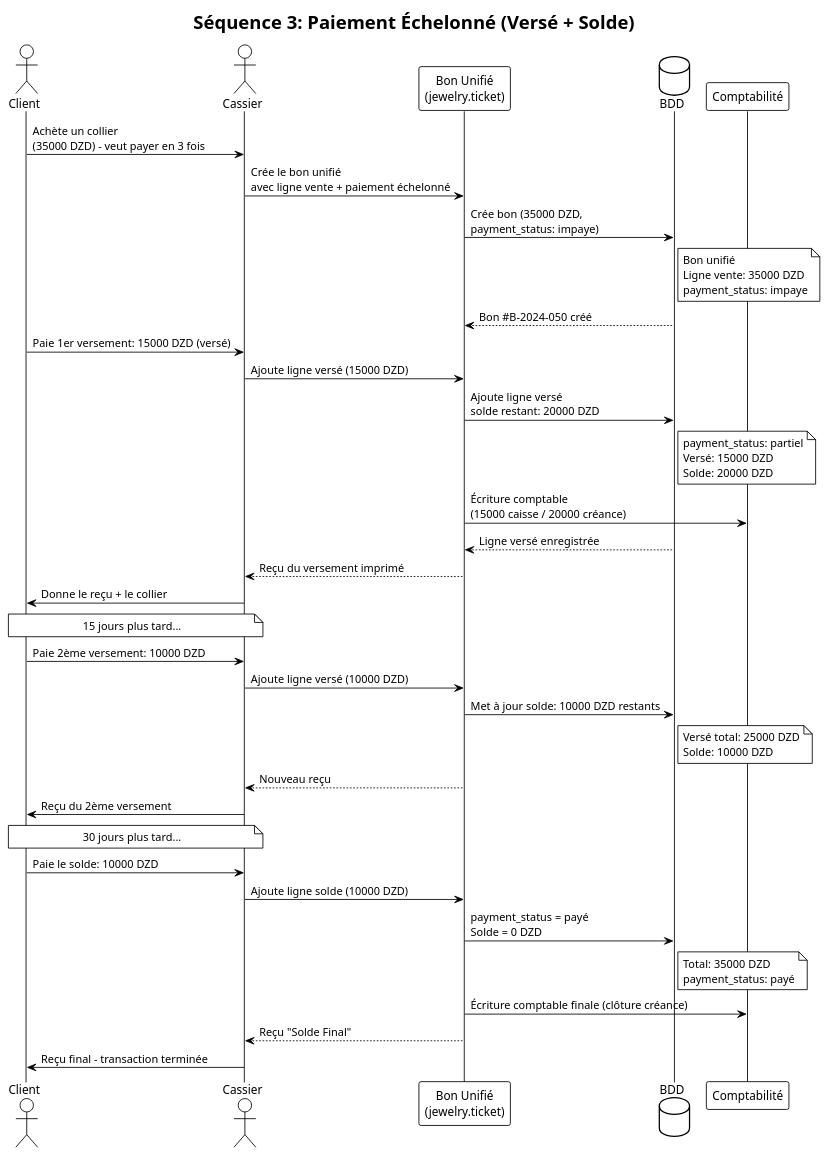
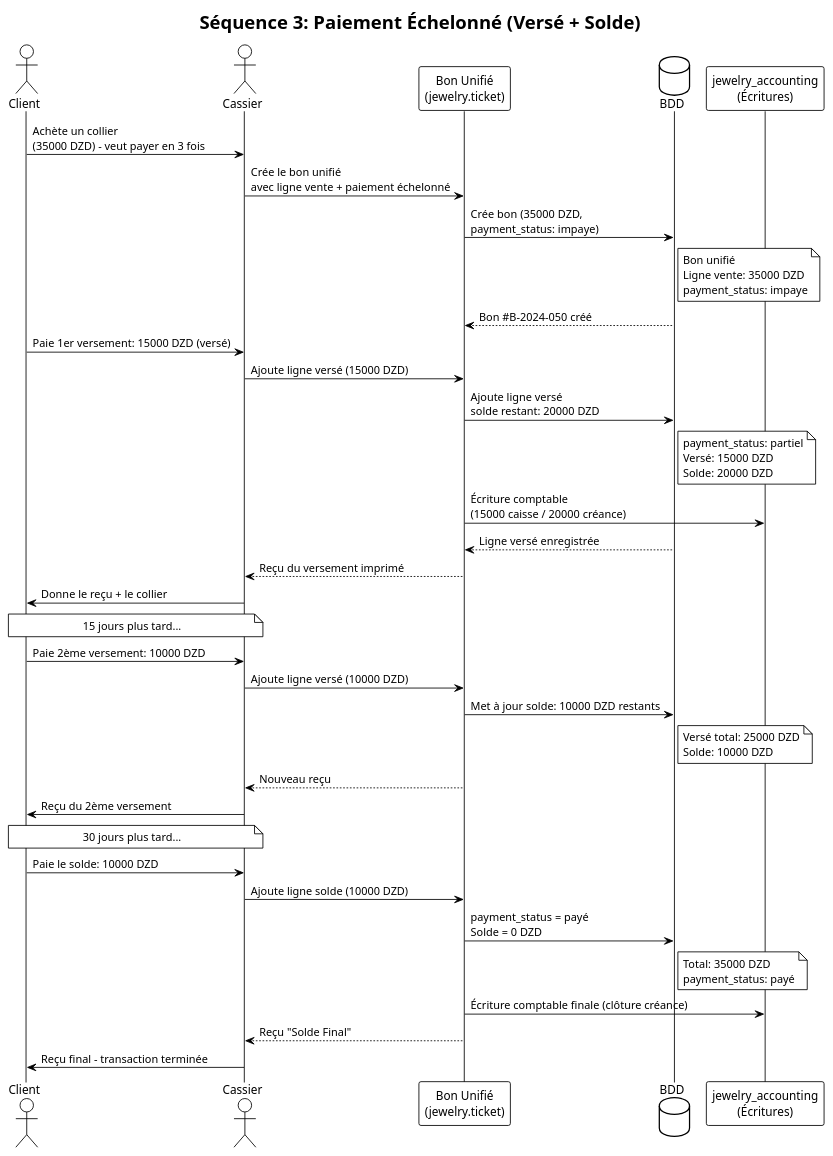
Before and after one commit to DawdBe/odoo-jawlery: the diagram in docs/diagrams/seq_paiement_partiel.puml, drawn with PlantUML. The commit also changed 19 other files, not shown here.

```diff
--- a/docs/diagrams/seq_paiement_partiel.puml
+++ b/docs/diagrams/seq_paiement_partiel.puml
@@ -1,44 +1,44 @@
 @startuml
 !theme plain
 title "Séquence 3: Paiement Échelonné (Versé + Solde)"
 
 actor "Client" as C3
 actor "Cassier" as CA
 participant "Bon Unifié\n(jewelry.ticket)" as TICKET
 database "BDD" as DB3
-participant "Comptabilité" as ACC3
+participant "jewelry_accounting\n(Écritures)" as ACC3
 
 C3 -> CA: Achète un collier\n(35000 DZD) - veut payer en 3 fois
 CA -> TICKET: Crée le bon unifié\navec ligne vente + paiement échelonné
 TICKET -> DB3: Crée bon (35000 DZD,\npayment_status: impaye)
 note right DB3: Bon unifié\nLigne vente: 35000 DZD\npayment_status: impaye
 DB3 --> TICKET: Bon #B-2024-050 créé
 
 C3 -> CA: Paie 1er versement: 15000 DZD (versé)
 CA -> TICKET: Ajoute ligne versé (15000 DZD)
 TICKET -> DB3: Ajoute ligne versé\nsolde restant: 20000 DZD
 note right DB3: payment_status: partiel\nVersé: 15000 DZD\nSolde: 20000 DZD
 TICKET -> ACC3: Écriture comptable\n(15000 caisse / 20000 créance)
 DB3 --> TICKET: Ligne versé enregistrée
 TICKET --> CA: Reçu du versement imprimé
 CA -> C3: Donne le reçu + le collier
 
 note over CA, C3: 15 jours plus tard...
 
 C3 -> CA: Paie 2ème versement: 10000 DZD
 CA -> TICKET: Ajoute ligne versé (10000 DZD)
 TICKET -> DB3: Met à jour solde: 10000 DZD restants
 note right DB3: Versé total: 25000 DZD\nSolde: 10000 DZD
 TICKET --> CA: Nouveau reçu
 CA -> C3: Reçu du 2ème versement
 
 note over CA, C3: 30 jours plus tard...
 
 C3 -> CA: Paie le solde: 10000 DZD
 CA -> TICKET: Ajoute ligne solde (10000 DZD)
 TICKET -> DB3: payment_status = payé\nSolde = 0 DZD
 note right DB3: Total: 35000 DZD\npayment_status: payé
 TICKET -> ACC3: Écriture comptable finale (clôture créance)
 TICKET --> CA: Reçu "Solde Final"
 CA -> C3: Reçu final - transaction terminée
 @enduml
```
